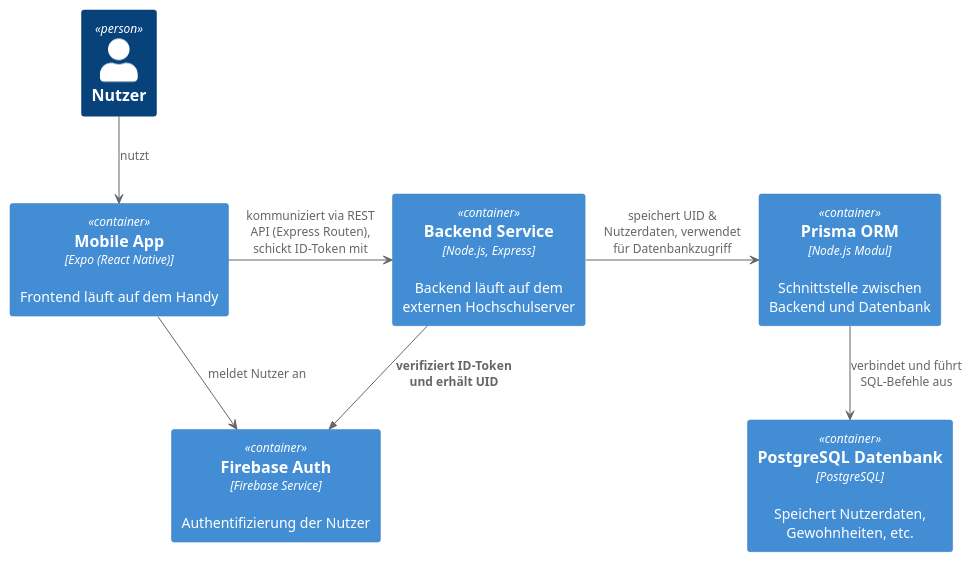
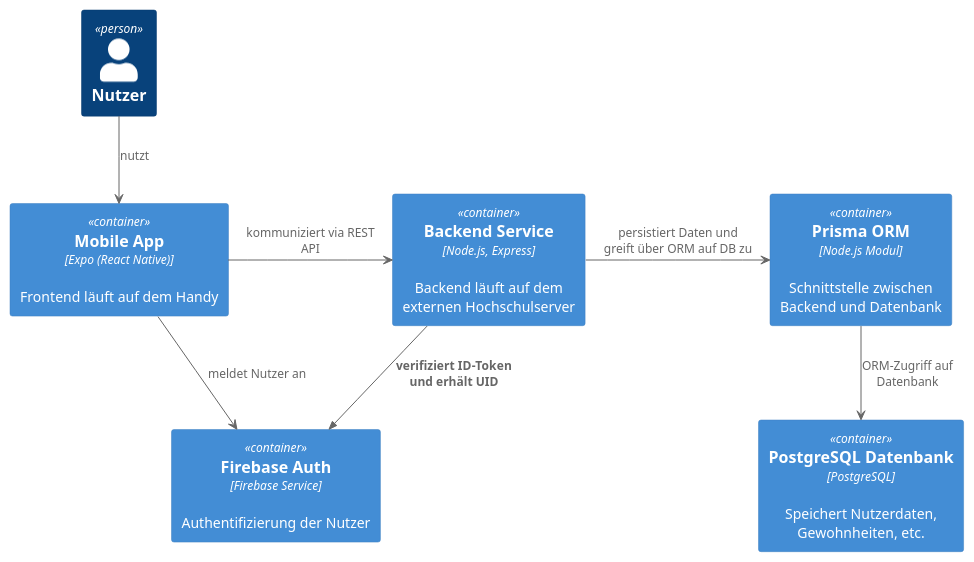
One commit to laurenzzzzzz/htwd-se1-habitree changed the diagram in docs/architecture/plantuml/c4-habitree-level2.plantuml. Above: the diagram before and after it, drawn with PlantUML. The commit also changed 1 other file, not shown here.

```diff
--- a/docs/architecture/plantuml/c4-habitree-level2.plantuml
+++ b/docs/architecture/plantuml/c4-habitree-level2.plantuml
@@ -1,21 +1,23 @@
 @startuml C4-level2
 !include https://raw.githubusercontent.com/plantuml-stdlib/C4-PlantUML/master/C4_Container.puml
 
 Person(Nutzer, "Nutzer")
 
 Container(frontend, "Mobile App", "Expo (React Native)", "Frontend läuft auf dem Handy")
 Container(backend, "Backend Service", "Node.js, Express", "Backend läuft auf dem externen Hochschulserver")
 Container(auth, "Firebase Auth", "Firebase Service", "Authentifizierung der Nutzer")
 Container(db, "PostgreSQL Datenbank", "PostgreSQL", "Speichert Nutzerdaten, Gewohnheiten, etc.")
 Container(prisma, "Prisma ORM", "Node.js Modul", "Schnittstelle zwischen Backend und Datenbank")
 
 Nutzer --> frontend : nutzt
 frontend -> auth : meldet Nutzer an
-frontend -> backend : kommuniziert via REST API (Express Routen), schickt ID-Token mit
+frontend -> backend : kommuniziert via REST API 
 
 Rel_D(backend, auth, "verifiziert ID-Token\nund erhält UID")
 
-backend -> prisma : speichert UID & Nutzerdaten, verwendet für Datenbankzugriff
-prisma --> db : verbindet und führt SQL-Befehle aus
+backend -> prisma : persistiert Daten und greift über ORM auf DB zu
+prisma --> db : ORM-Zugriff auf Datenbank
+
+
 
 @enduml
```
